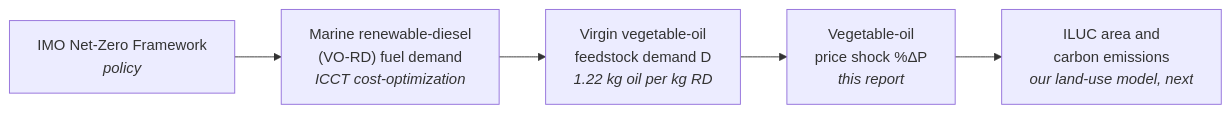
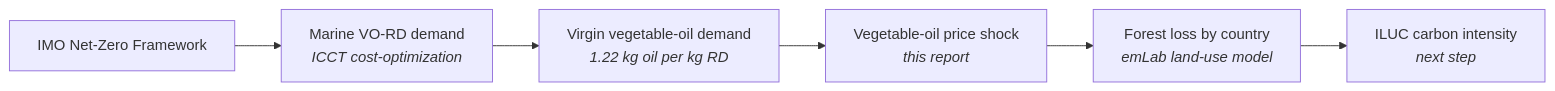
One commit to emlab-ucsb/marine-biofuel-iluc-prototype changed the diagram in report.qmd. Above: the diagram before and after it, drawn with Mermaid. The commit also changed other lines of this file and 6 other files, not shown here.

First line of the commit message:
Add land-use results, maps and crop split to the report; tighten it

````diff
--- a/report.qmd
+++ b/report.qmd
@@ -58,7 +152,8 @@
 ```{mermaid}
 flowchart LR
-  A["IMO Net-Zero Framework<br/><i>policy</i>"] --> F["Marine renewable-diesel<br/>(VO-RD) fuel demand<br/><i>ICCT cost-optimization</i>"]
-  F --> B["Virgin vegetable-oil<br/>feedstock demand D<br/><i>1.22 kg oil per kg RD</i>"]
-  B --> C["Vegetable-oil<br/>price shock %ΔP<br/><i>this report</i>"]
-  C --> D["ILUC area and<br/>carbon emissions<br/><i>our land-use model, next</i>"]
+  A["IMO Net-Zero Framework"] --> F["Marine VO-RD demand<br/><i>ICCT cost-optimization</i>"]
+  F --> B["Virgin vegetable-oil demand<br/><i>1.22 kg oil per kg RD</i>"]
+  B --> C["Vegetable-oil price shock<br/><i>this report</i>"]
+  C --> D["Forest loss by country<br/><i>emLab land-use model</i>"]
+  D --> E["ILUC carbon intensity<br/><i>next step</i>"]
 ```
````
